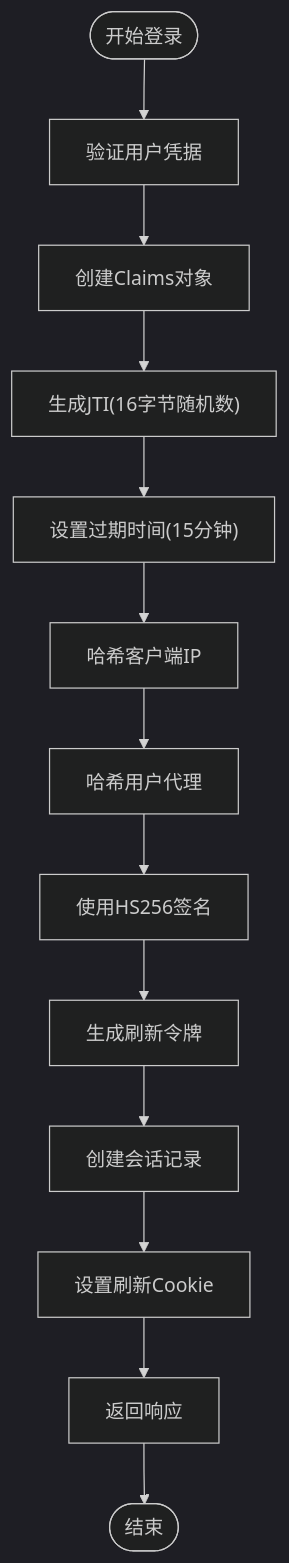
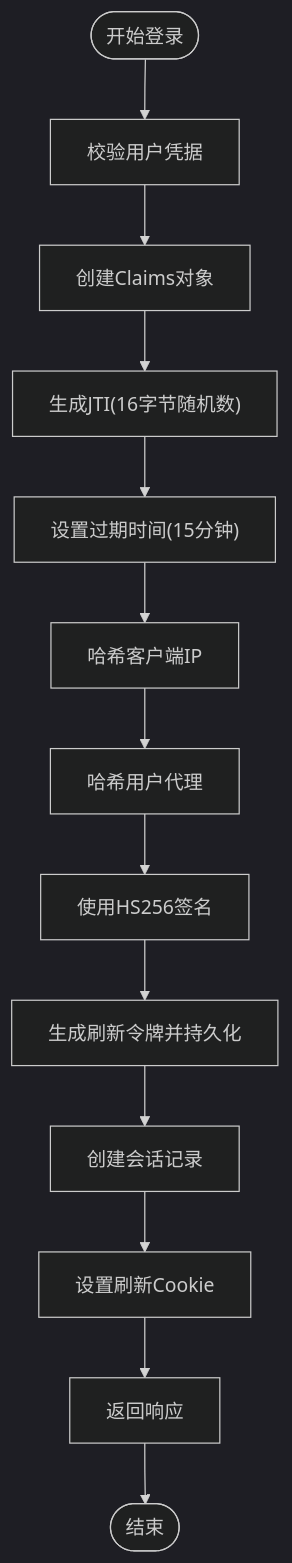
One commit to x01n/My-OpenWaf changed the third of 8 diagrams in docs/安全机制/JWT 认证机制.md. Above: the diagram before and after it, drawn with Mermaid (dark theme). The commit also changed other lines of this file and 199 other files, not shown here.

````diff
--- a/docs/安全机制/JWT 认证机制.md
+++ b/docs/安全机制/JWT 认证机制.md
@@ -174,15 +136,15 @@
 ```mermaid
 flowchart TD
-Start([开始登录]) --> ValidateCreds["验证用户凭据"]
+Start(["开始登录"]) --> ValidateCreds["校验用户凭据"]
 ValidateCreds --> CreateClaims["创建Claims对象"]
 CreateClaims --> GenJTI["生成JTI(16字节随机数)"]
 GenJTI --> SetExpiry["设置过期时间(15分钟)"]
 SetExpiry --> HashIP["哈希客户端IP"]
 HashIP --> HashUA["哈希用户代理"]
 HashUA --> SignToken["使用HS256签名"]
-SignToken --> StoreRT["生成刷新令牌"]
+SignToken --> StoreRT["生成刷新令牌并持久化"]
 StoreRT --> CreateSession["创建会话记录"]
 CreateSession --> SetCookie["设置刷新Cookie"]
 SetCookie --> ReturnResp["返回响应"]
-ReturnResp --> End([结束])
+ReturnResp --> End(["结束"])
 ```
````
